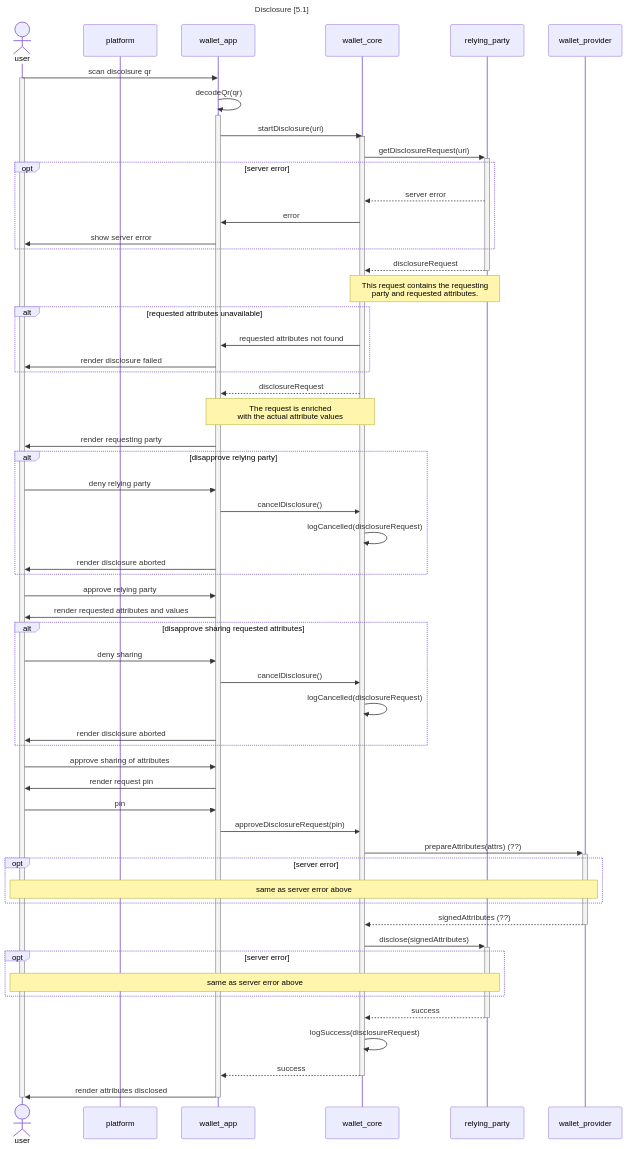
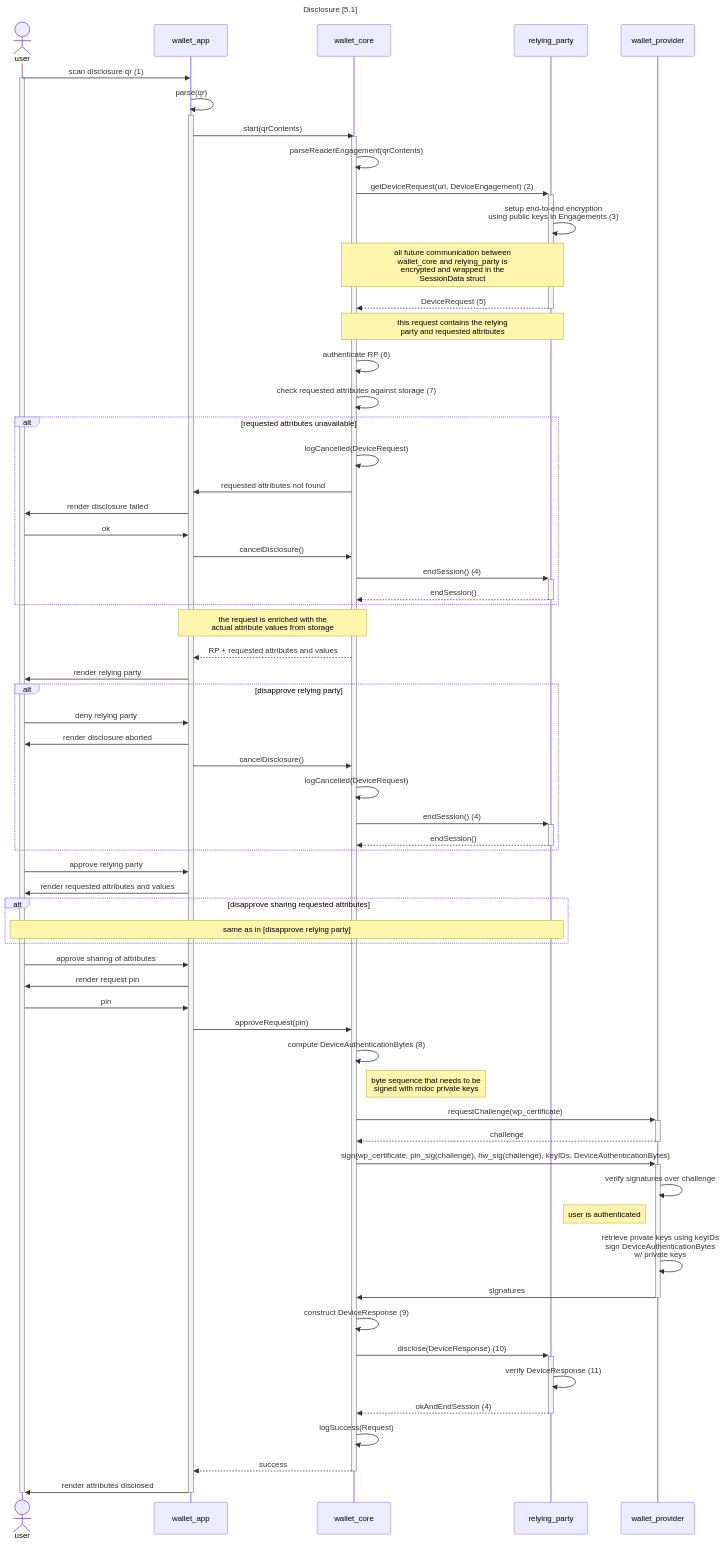
Before and after one commit to MinBZK/nl-wallet: the diagram in documentation/flows/disclosure.md, drawn with Mermaid. The commit also changed other lines of this file, not shown here.

Commit message:
Update disclosure flowchart to mdoc disclosure protocol

````diff
--- a/documentation/flows/disclosure.md
+++ b/documentation/flows/disclosure.md
@@ -9,65 +29,71 @@
 ```mermaid
 sequenceDiagram
     %% Force ordering by explicitly setting up participants
     actor user
-    participant platform
     participant wallet_app
     participant wallet_core
     participant relying_party
     participant wallet_provider
     title Disclosure [5.1]
 
-    user->>wallet_app: scan discolsure qr
+    user->>wallet_app: scan disclosure qr (1)
     activate user
-        wallet_app->>+wallet_app: decodeQr(qr)
-        wallet_app->>wallet_core: startDisclosure(uri)
+        wallet_app->>+wallet_app: parse(qr)
+        wallet_app->>wallet_core: start(qrContents)
         activate wallet_core
-            wallet_core->>+relying_party: getDisclosureRequest(uri)
-            opt server error
-                relying_party-->>wallet_core: server error
-                wallet_core->>wallet_app: error
-                wallet_app->>user: show server error
-            end
-            relying_party-->>-wallet_core: disclosureRequest
-            Note over wallet_core, relying_party: This request contains the requesting<br>party and requested attributes.
+            wallet_core->>wallet_core: parseReaderEngagement(qrContents)
+            wallet_core->>+relying_party: getDeviceRequest(url, DeviceEngagement) (2)
+            relying_party->>relying_party: setup end-to-end encryption <br>using public keys in Engagements (3)
+            note over wallet_core, relying_party: all future communication between<br>wallet_core and relying_party is<br>encrypted and wrapped in the<br>SessionData struct
+            relying_party-->>-wallet_core: DeviceRequest (5)
+            Note over wallet_core, relying_party: this request contains the relying<br>party and requested attributes
+            wallet_core->>wallet_core: authenticate RP (6)
+            wallet_core->>wallet_core: check requested attributes against storage (7)
             alt requested attributes unavailable
+                wallet_core->>wallet_core: logCancelled(DeviceRequest)
                 wallet_core->>wallet_app: requested attributes not found
                 wallet_app->>user: render disclosure failed
+                user->>wallet_app: ok
+                wallet_app->>wallet_core: cancelDisclosure()
+                wallet_core->>+relying_party: endSession() (4)
+                relying_party-->>-wallet_core: endSession()
             end
-            wallet_core-->>wallet_app: disclosureRequest
-            Note over wallet_core, wallet_app: The request is enriched<br>with the actual attribute values
-            wallet_app->>user: render requesting party
+            Note over wallet_core, wallet_app: the request is enriched with the<br>actual attribute values from storage
+            wallet_core-->>wallet_app: RP + requested attributes and values
+            wallet_app->>user: render relying party
             alt disapprove relying party
                 user->>wallet_app: deny relying party
+                wallet_app->>user: render disclosure aborted
                 wallet_app->>wallet_core: cancelDisclosure()
-                wallet_core->>wallet_core: logCancelled(disclosureRequest)
-                wallet_app->>user: render disclosure aborted
+                wallet_core->>wallet_core: logCancelled(DeviceRequest)
+                wallet_core->>+relying_party: endSession() (4)
+                relying_party-->>-wallet_core: endSession()
             end
             user->>wallet_app: approve relying party
             wallet_app->>user: render requested attributes and values
             alt disapprove sharing requested attributes
-                user->>wallet_app: deny sharing
-                wallet_app->>wallet_core: cancelDisclosure()
-                wallet_core->>wallet_core: logCancelled(disclosureRequest)
-                wallet_app->>user: render disclosure aborted
+                Note over user, relying_party: same as in [disapprove relying party]
             end
             user->>wallet_app: approve sharing of attributes
             wallet_app->>user: render request pin
             user->>wallet_app: pin
-            wallet_app->>wallet_core: approveDisclosureRequest(pin)
-            wallet_core->>+wallet_provider: prepareAttributes(attrs) (??)
-            opt server error
-                Note over wallet_provider,user: same as server error above
-            end
-            wallet_provider-->>-wallet_core: signedAttributes (??)
-            wallet_core->>+relying_party: disclose(signedAttributes)
-            opt server error
-                Note over relying_party,user: same as server error above
-            end
-            relying_party-->>-wallet_core: success
-            wallet_core->>wallet_core: logSuccess(disclosureRequest)
+            wallet_app->>wallet_core: approveRequest(pin)
+            wallet_core->>wallet_core: compute DeviceAuthenticationBytes (8)
+            note right of wallet_core: byte sequence that needs to be<br>signed with mdoc private keys
+            wallet_core->>+wallet_provider: requestChallenge(wp_certificate)
+            wallet_provider-->>-wallet_core: challenge
+            wallet_core->>+wallet_provider: sign(wp_certificate, pin_sig(challenge), hw_sig(challenge), keyIDs, DeviceAuthenticationBytes)
+            wallet_provider->>wallet_provider: verify signatures over challenge
+            note left of wallet_provider: user is authenticated
+            wallet_provider->>wallet_provider: retrieve private keys using keyIDs<br/>sign DeviceAuthenticationBytes<br> w/ private keys
+            wallet_provider->>-wallet_core: signatures
+            wallet_core->>wallet_core: construct DeviceResponse (9)
+            wallet_core->>+relying_party: disclose(DeviceResponse) (10)
+            relying_party->>relying_party: verify DeviceResponse (11)
+            relying_party-->>-wallet_core: okAndEndSession (4)
+            wallet_core->>wallet_core: logSuccess(Request)
             wallet_core-->>wallet_app: success
         deactivate wallet_core
         wallet_app->>-user: render attributes disclosed
     deactivate user
 ```
````
